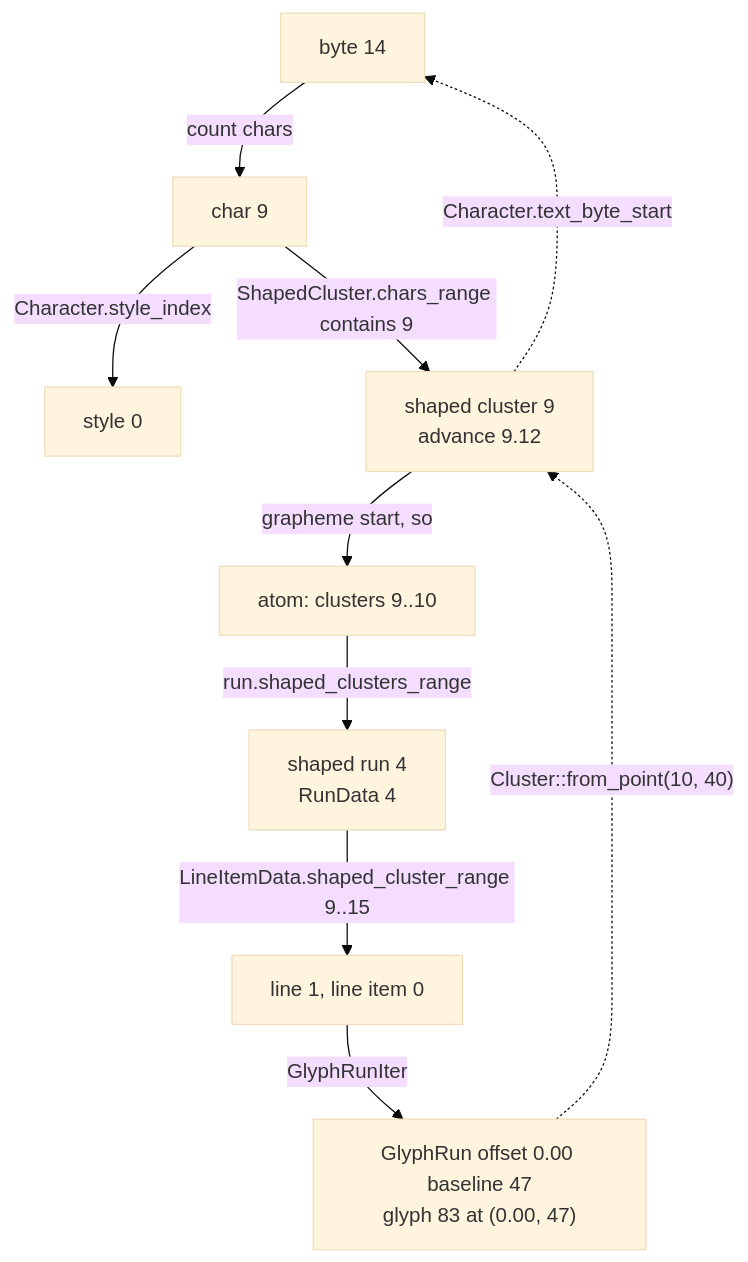
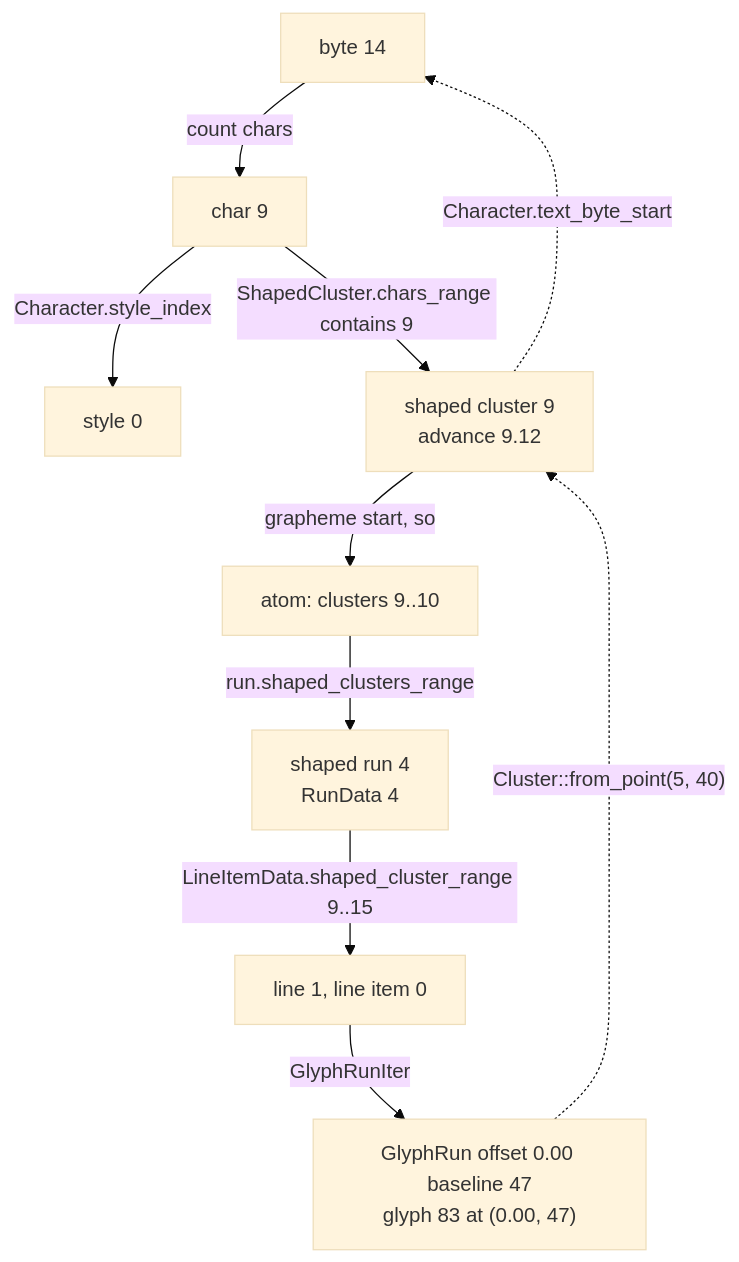
The second of 2 diagrams in src/data-flow.md (WilliamDGH/parley-guide), drawn with Mermaid (base theme) before and after one commit. The commit also changed 7 other files, not shown here.

````diff
--- a/src/data-flow.md
+++ b/src/data-flow.md
@@ -172,12 +172,12 @@
 ```mermaid
 flowchart TD
     B["byte 14"] -- "count chars" --> C["char 9"]
     C -- "Character.style_index" --> S["style 0"]
     C -- "ShapedCluster.chars_range contains 9" --> K["shaped cluster 9<br/>advance 9.12"]
     K -- "grapheme start, so" --> A["atom: clusters 9..10"]
     A -- "run.shaped_clusters_range" --> R["shaped run 4<br/>RunData 4"]
     R -- "LineItemData.shaped_cluster_range 9..15" --> L["line 1, line item 0"]
     L -- "GlyphRunIter" --> G["GlyphRun offset 0.00 baseline 47<br/>glyph 83 at (0.00, 47)"]
-    G -. "Cluster::from_point(10, 40)" .-> K
+    G -. "Cluster::from_point(5, 40)" .-> K
     K -. "Character.text_byte_start" .-> B
 ```
````
